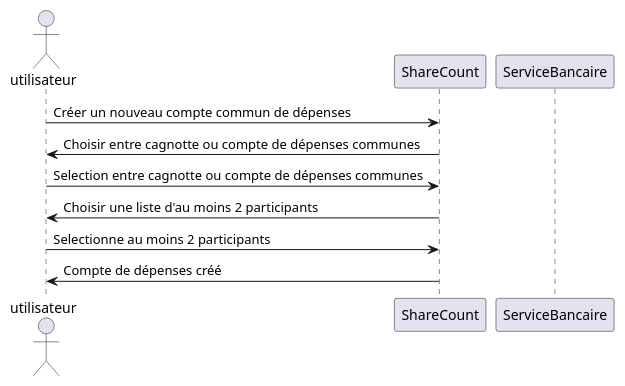
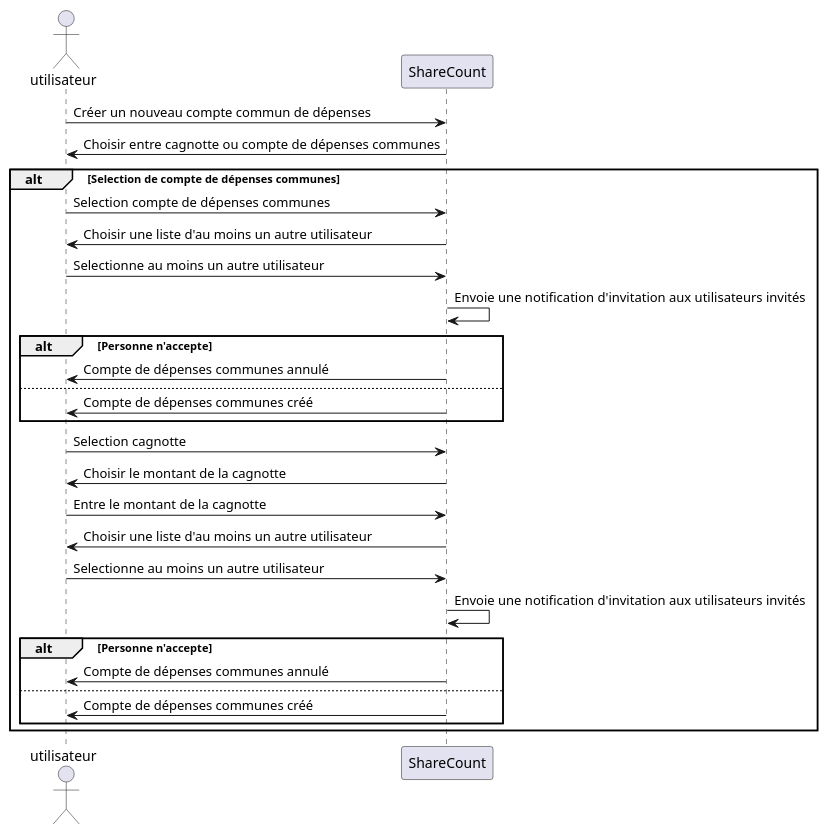
Before and after one commit to lmtb06/sharecount: the diagram in diagrammes/specification/sequence/Créer-compte-commun-de-dépenses.puml, drawn with PlantUML. The commit also changed 5 other files, not shown here.

Commit message:
modifier les diagrammes de séquence

```diff
--- a/diagrammes/specification/sequence/Créer-compte-commun-de-dépenses.puml
+++ b/diagrammes/specification/sequence/Créer-compte-commun-de-dépenses.puml
@@ -1,14 +1,41 @@
 @startuml  Créer compte commun de dépenses
 
 actor utilisateur as u
 participant ShareCount as sc
-participant ServiceBancaire as sb
 
 u -> sc : Créer un nouveau compte commun de dépenses
 sc -> u : Choisir entre cagnotte ou compte de dépenses communes
-u -> sc : Selection entre cagnotte ou compte de dépenses communes
-sc -> u : Choisir une liste d'au moins 2 participants
-u -> sc : Selectionne au moins 2 participants
-sc -> u : Compte de dépenses créé
+
+alt Selection de compte de dépenses communes
+u -> sc : Selection compte de dépenses communes
+sc -> u : Choisir une liste d'au moins un autre utilisateur
+u -> sc : Selectionne au moins un autre utilisateur
+sc -> sc : Envoie une notification d'invitation aux utilisateurs invités
+
+
+alt Personne n'accepte
+sc -> u : Compte de dépenses communes annulé
+else
+
+sc -> u : Compte de dépenses communes créé
+
+end
+
+u -> sc : Selection cagnotte
+sc -> u : Choisir le montant de la cagnotte
+u -> sc : Entre le montant de la cagnotte
+sc -> u : Choisir une liste d'au moins un autre utilisateur
+u -> sc : Selectionne au moins un autre utilisateur
+sc -> sc : Envoie une notification d'invitation aux utilisateurs invités
+
+alt Personne n'accepte
+sc -> u : Compte de dépenses communes annulé
+else
+
+sc -> u : Compte de dépenses communes créé
+
+end
+
+end
 
 @enduml
```
